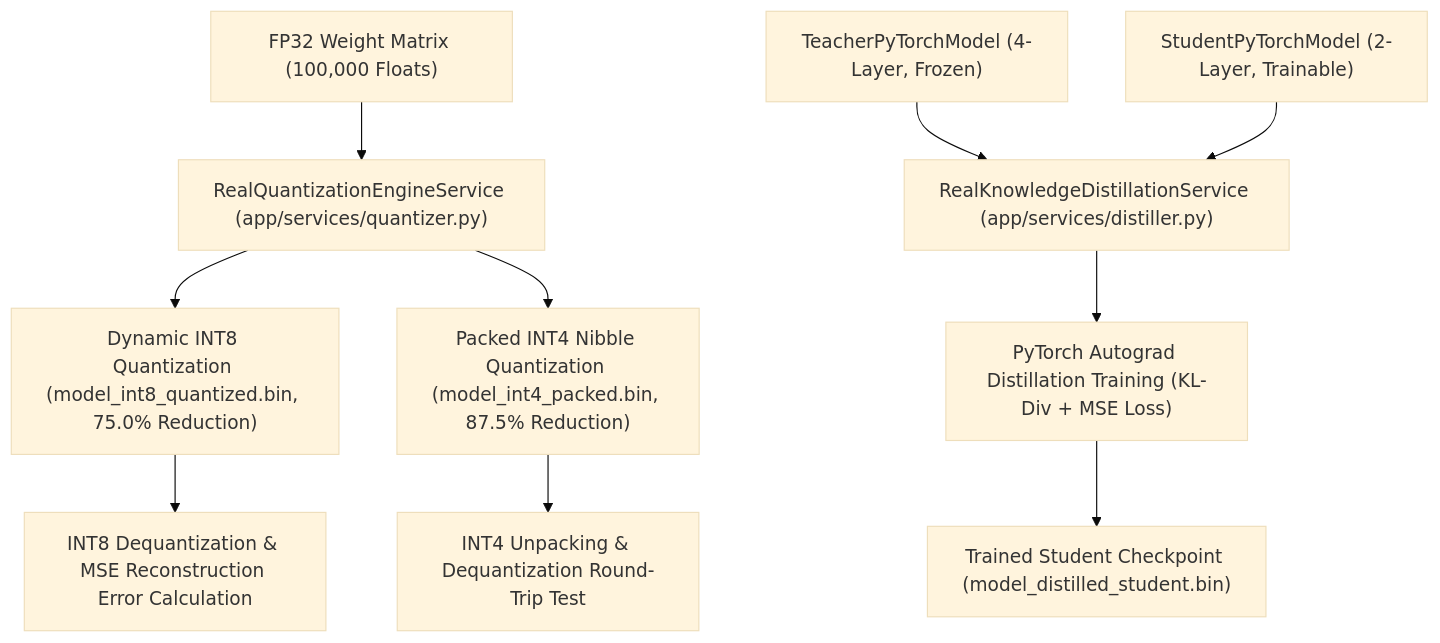
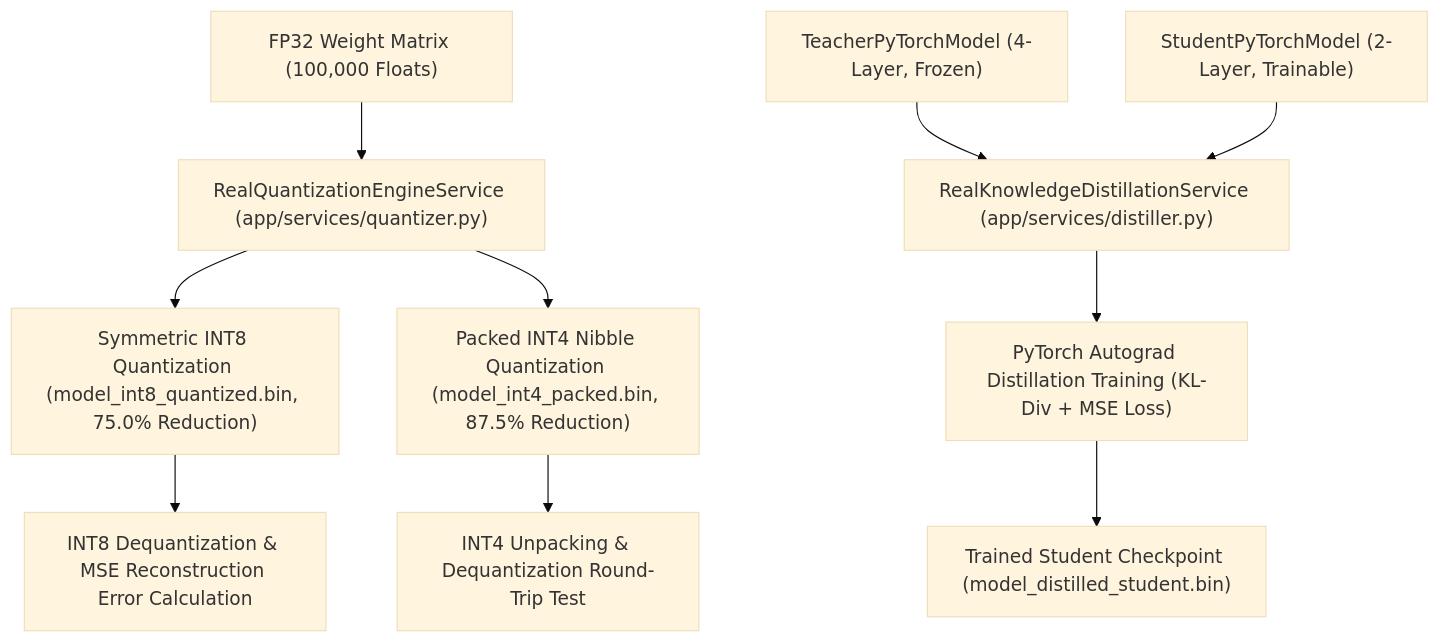
Before and after one commit to Vaishnav53/Applied-Agentic-AI-Lab-Experiments: the diagram in experiment-11-model-optimization/README.md, drawn with Mermaid (base theme). The commit also changed other lines of this file and 17 other files, not shown here.

````diff
--- a/experiment-11-model-optimization/README.md
+++ b/experiment-11-model-optimization/README.md
@@ -58,12 +63,12 @@
 ```mermaid
 graph TD
     A["FP32 Weight Matrix (100,000 Floats)"] --> B["RealQuantizationEngineService (app/services/quantizer.py)"]
-    B --> C["Dynamic INT8 Quantization (model_int8_quantized.bin, 75.0% Reduction)"]
+    B --> C["Symmetric INT8 Quantization (model_int8_quantized.bin, 75.0% Reduction)"]
     B --> D["Packed INT4 Nibble Quantization (model_int4_packed.bin, 87.5% Reduction)"]
     C --> E["INT8 Dequantization & MSE Reconstruction Error Calculation"]
     D --> F["INT4 Unpacking & Dequantization Round-Trip Test"]
     G["TeacherPyTorchModel (4-Layer, Frozen)"] --> H["RealKnowledgeDistillationService (app/services/distiller.py)"]
     I["StudentPyTorchModel (2-Layer, Trainable)"] --> H
     H --> J["PyTorch Autograd Distillation Training (KL-Div + MSE Loss)"]
     J --> K["Trained Student Checkpoint (model_distilled_student.bin)"]
 ```
````
